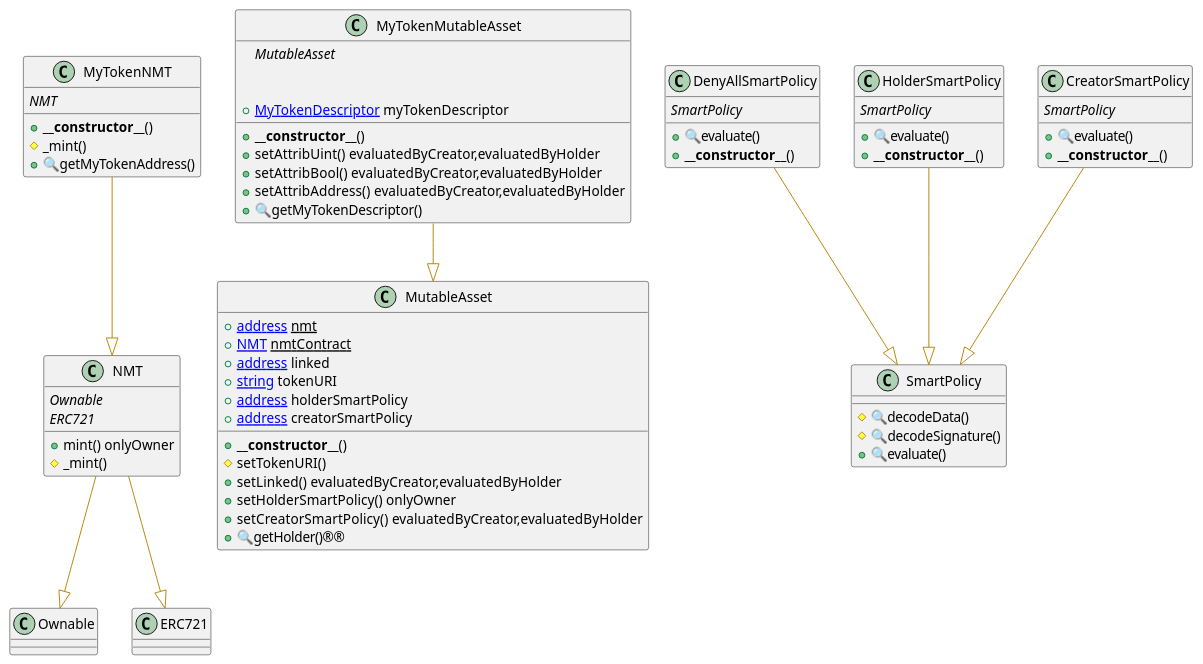
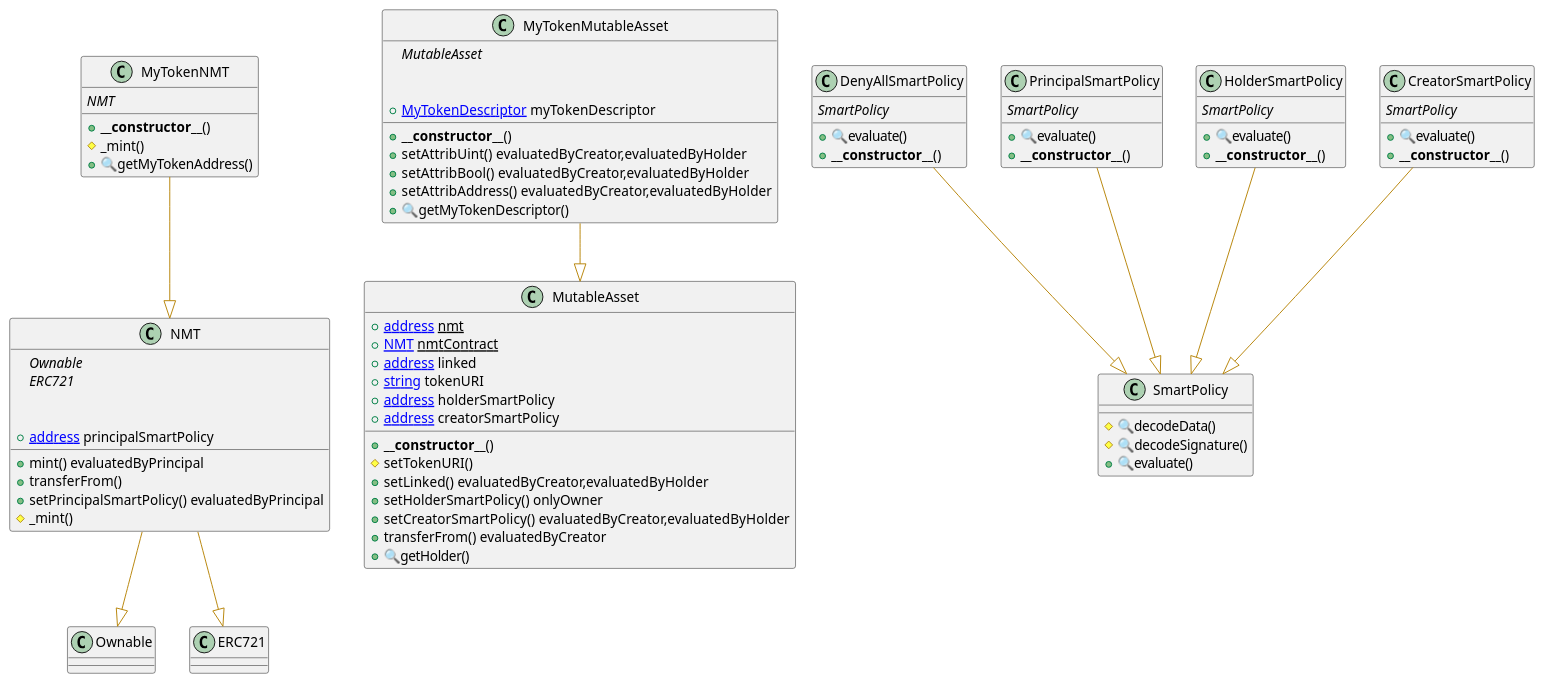
One commit to d0na/CMNT changed the diagram in nmt-@startuml.wsd. Above: the diagram before and after it, drawn with PlantUML. The commit also changed 2 other files, not shown here.

```diff
--- a/nmt-@startuml.wsd
+++ b/nmt-@startuml.wsd
@@ -1,155 +1,174 @@
 @startuml
 ' -- generated by: https://marketplace.visualstudio.com/items?itemName=tintinweb.solidity-visual-auditor
 '
 ' -- for auto-render install: https://marketplace.visualstudio.com/items?itemName=jebbs.plantuml
 ' -- options --
 
 allowmixing
 
 ' -- classes --
 
 
 class NMT {
     ' -- inheritance --
 	{abstract}Ownable
 	{abstract}ERC721
 
     ' -- usingFor --
 
     ' -- vars --
+	+[[address]] principalSmartPolicy
 
     ' -- methods --
-	+mint() onlyOwner
+	+mint() evaluatedByPrincipal
+	+transferFrom() 
+	+setPrincipalSmartPolicy() evaluatedByPrincipal
 	#_mint()
 
 }
 ' -- inheritance / usingFor --
 NMT --[#DarkGoldenRod]|> Ownable
 NMT --[#DarkGoldenRod]|> ERC721
 
 
 
 
 class MutableAsset {
     ' -- inheritance --
 
     ' -- usingFor --
 
     ' -- vars --
 	+{static}[[address]] nmt
 	+{static}[[NMT]] nmtContract
 	+[[address]] linked
 	+[[string]] tokenURI
 	+[[address]] holderSmartPolicy
 	+[[address]] creatorSmartPolicy
 
     ' -- methods --
 	+**__constructor__**()
 	#setTokenURI()
 	+setLinked() evaluatedByCreator,evaluatedByHolder
 	+setHolderSmartPolicy() onlyOwner
 	+setCreatorSmartPolicy() evaluatedByCreator,evaluatedByHolder
-	+🔍getHolder()®®
+	+transferFrom() evaluatedByCreator
+	+🔍getHolder()
 
 }
 
 class MyTokenMutableAsset {
     ' -- inheritance --
 	{abstract}MutableAsset
 
     ' -- usingFor --
 
     ' -- vars --
 	+[[MyTokenDescriptor]] myTokenDescriptor
 
     ' -- methods --
 	+**__constructor__**()
 	+setAttribUint() evaluatedByCreator,evaluatedByHolder
 	+setAttribBool() evaluatedByCreator,evaluatedByHolder
 	+setAttribAddress() evaluatedByCreator,evaluatedByHolder
 	+🔍getMyTokenDescriptor()
 
 }
 ' -- inheritance / usingFor --
 MyTokenMutableAsset --[#DarkGoldenRod]|> MutableAsset
 
 class MyTokenNMT {
     ' -- inheritance --
 	{abstract}NMT
 
     ' -- usingFor --
 
     ' -- vars --
 
     ' -- methods --
 	+**__constructor__**()
 	#_mint()
 	+🔍getMyTokenAddress()
 
 }
 ' -- inheritance / usingFor --
 MyTokenNMT --[#DarkGoldenRod]|> NMT
 
 
 class DenyAllSmartPolicy {
     ' -- inheritance --
 	{abstract}SmartPolicy
 
     ' -- usingFor --
 
     ' -- vars --
 
     ' -- methods --
 	+🔍evaluate()
 	+**__constructor__**()
 
 }
 ' -- inheritance / usingFor --
 DenyAllSmartPolicy --[#DarkGoldenRod]|> SmartPolicy
 
+PrincipalSmartPolicy --[#DarkGoldenRod]|> SmartPolicy
+class PrincipalSmartPolicy {
+    ' -- inheritance --
+	{abstract}SmartPolicy
+
+    ' -- usingFor --
+
+    ' -- vars --
+
+    ' -- methods --
+	+🔍evaluate()
+	+**__constructor__**()
+
+}
+
 class HolderSmartPolicy {
     ' -- inheritance --
 	{abstract}SmartPolicy
 
     ' -- usingFor --
 
     ' -- vars --
 
     ' -- methods --
 	+🔍evaluate()
 	+**__constructor__**()
 
 }
 ' -- inheritance / usingFor --
 HolderSmartPolicy --[#DarkGoldenRod]|> SmartPolicy
 
 class CreatorSmartPolicy {
     ' -- inheritance --
 	{abstract}SmartPolicy
 
     ' -- usingFor --
 
     ' -- vars --
 
     ' -- methods --
 	+🔍evaluate()
 	+**__constructor__**()
 
 }
 ' -- inheritance / usingFor --
 CreatorSmartPolicy --[#DarkGoldenRod]|> SmartPolicy
 
 class SmartPolicy {
     ' -- inheritance --
 
     ' -- usingFor --
 
     ' -- vars --
 
     ' -- methods --
 	#🔍decodeData()
 	#🔍decodeSignature()
 	+🔍evaluate()
 
 }
 @enduml
```
